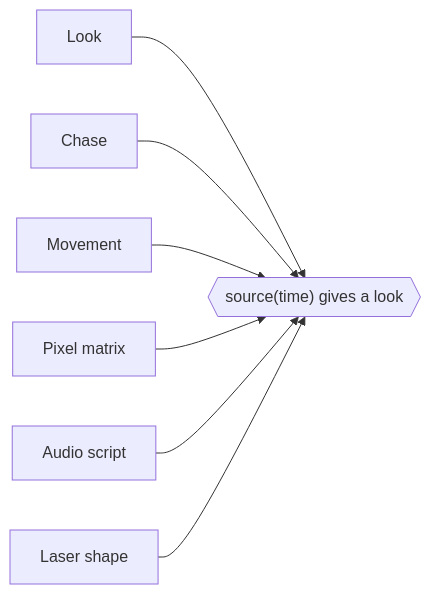
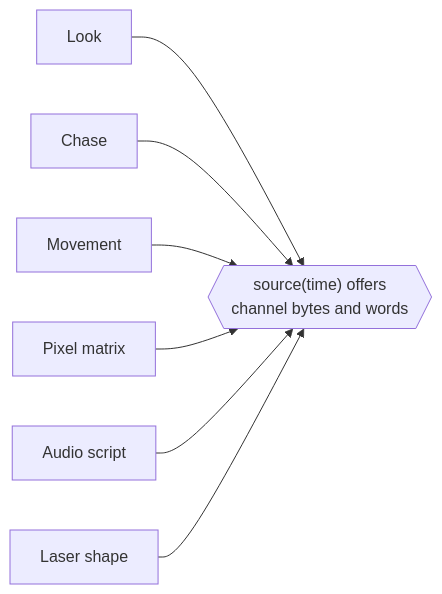
Before and after one commit to abossard/bossylights: the sixth of 17 diagrams in docs/design/theory.md, drawn with Mermaid. The commit also changed other lines of this file and 17 other files, not shown here.

````diff
--- a/docs/design/theory.md
+++ b/docs/design/theory.md
@@ -106,10 +166,10 @@
 ```mermaid
 flowchart LR
   T1["Look"] --> S
   T2["Chase"] --> S
   T3["Movement"] --> S
   T4["Pixel matrix"] --> S
   T5["Audio script"] --> S
   T6["Laser shape"] --> S
-  S{{"source(time) gives a look"}}
+  S{{"source(time) offers<br/>channel bytes and words"}}
 ```
````
